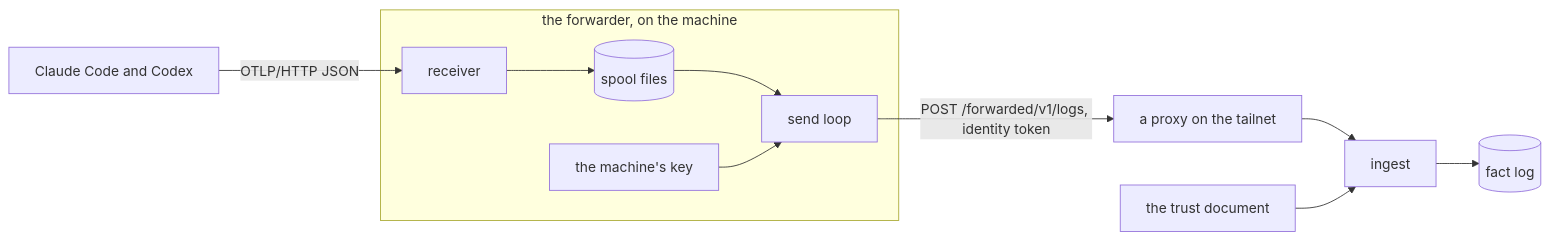
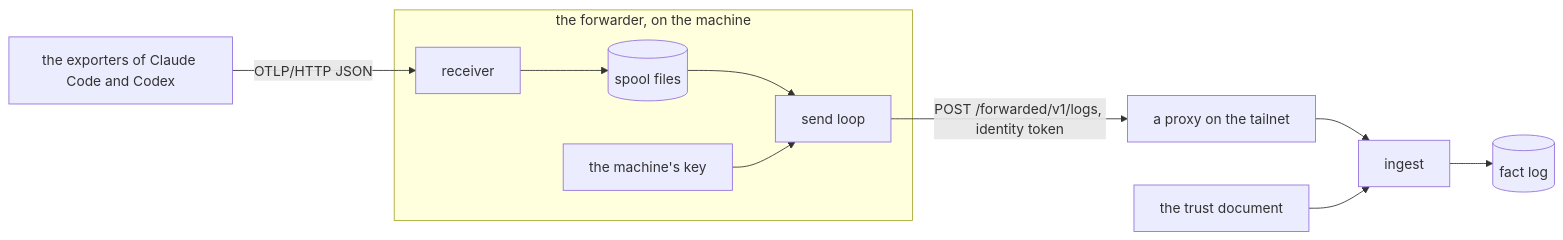
The diagram in docs/design/telemetry-forwarder/README.md (zgeoff/pepys), drawn with Mermaid before and after one commit. The commit also changed other lines of this file and 2 other files, not shown here.

````diff
--- a/docs/design/telemetry-forwarder/README.md
+++ b/docs/design/telemetry-forwarder/README.md
@@ -25,13 +32,13 @@
 ```mermaid
 flowchart LR
-  agents["Claude Code and Codex"] -->|"OTLP/HTTP JSON"| receiver
+  agents["the exporters of Claude Code and Codex"] -->|"OTLP/HTTP JSON"| receiver
   subgraph forwarder["the forwarder, on the machine"]
     receiver --> spool[("spool files")]
     spool --> send["send loop"]
     key["the machine's key"] --> send
   end
   send -->|"POST /forwarded/v1/logs, identity token"| proxy["a proxy on the tailnet"]
   proxy --> ingest
   documents["the trust document"] --> ingest
   ingest --> log[("fact log")]
 ```
````
